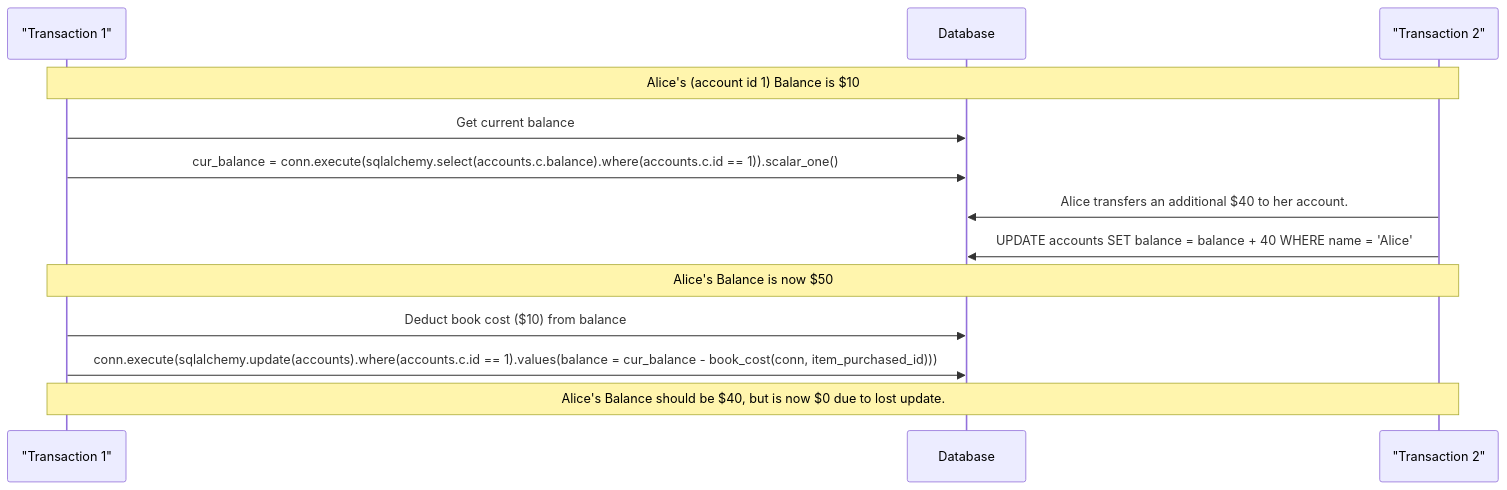
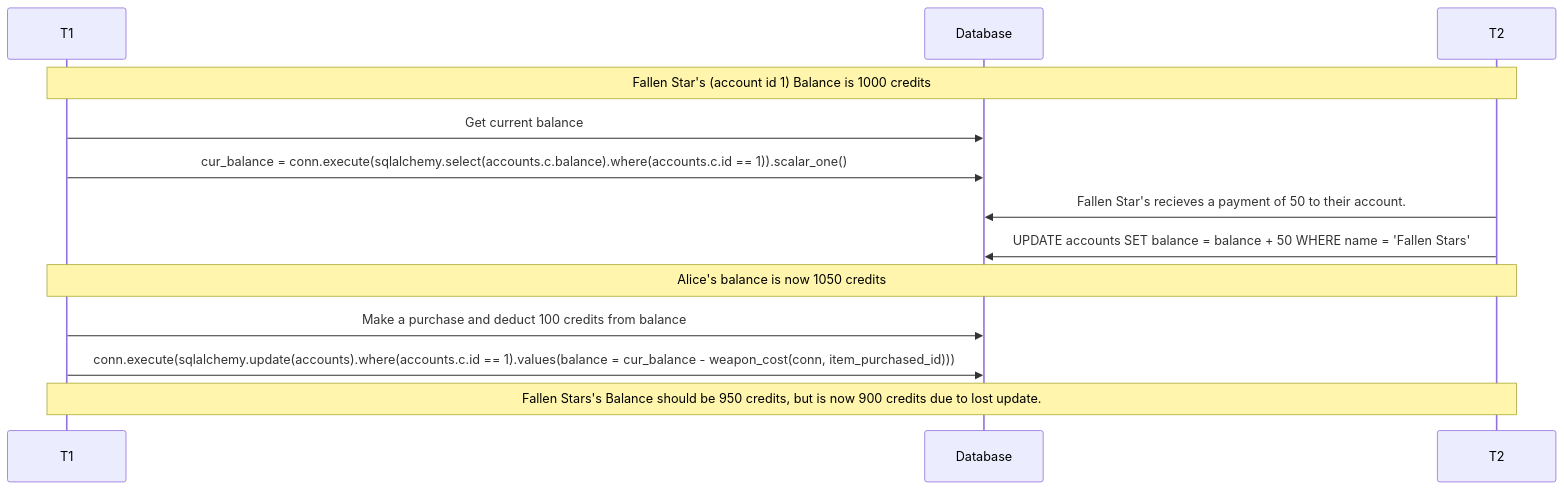
The diagram in docs/concurrency.md (irwinj22/FallenStars), drawn with Mermaid before and after one commit.

Commit message:
update conc.

````diff
--- a/docs/concurrency.md
+++ b/docs/concurrency.md
@@ -5,15 +5,15 @@
 ```mermaid
 sequenceDiagram
-    participant T1 as "Transaction 1"
+    participant T1
     participant Database
-    participant T2 as "Transaction 2"
-    Note over T1, T2: Alice's (account id 1) Balance is $10
+    participant T2
+    Note over T1, T2: Fallen Star's (account id 1) Balance is 1000 credits
     T1->>Database: Get current balance
     T1->>Database: cur_balance = conn.execute(sqlalchemy.select(accounts.c.balance).where(accounts.c.id == 1)).scalar_one();
-    T2->>Database: Alice transfers an additional $40 to her account.
-    T2->>Database: UPDATE accounts SET balance = balance + 40 WHERE name = 'Alice'
-    Note over T1, T2: Alice's Balance is now $50
-    T1->>Database: Deduct book cost ($10) from balance
-    T1->>Database: conn.execute(sqlalchemy.update(accounts).where(accounts.c.id == 1).values(balance = cur_balance - book_cost(conn, item_purchased_id)))
-    Note over T1, T2: Alice's Balance should be $40, but is now $0 due to lost update.
+    T2->>Database: Fallen Star's recieves a payment of 50 to their account.
+    T2->>Database: UPDATE accounts SET balance = balance + 50 WHERE name = 'Fallen Stars'
+    Note over T1, T2: Alice's balance is now 1050 credits
+    T1->>Database: Make a purchase and deduct 100 credits from balance
+    T1->>Database: conn.execute(sqlalchemy.update(accounts).where(accounts.c.id == 1).values(balance = cur_balance - weapon_cost(conn, item_purchased_id)))
+    Note over T1, T2: Fallen Stars's Balance should be 950 credits, but is now 900 credits due to lost update.
 ```
````
